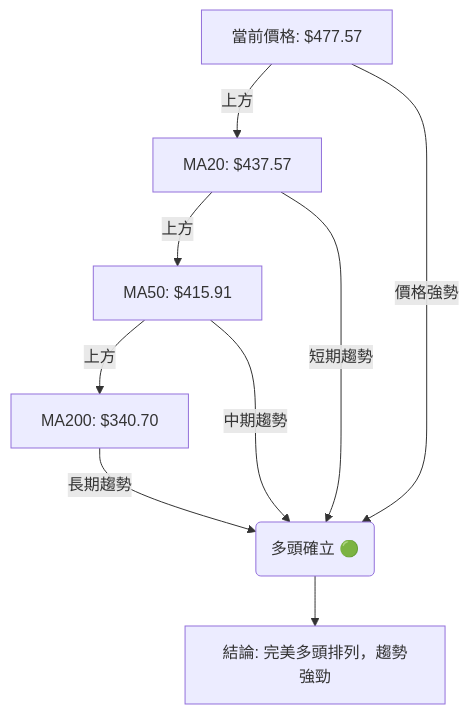
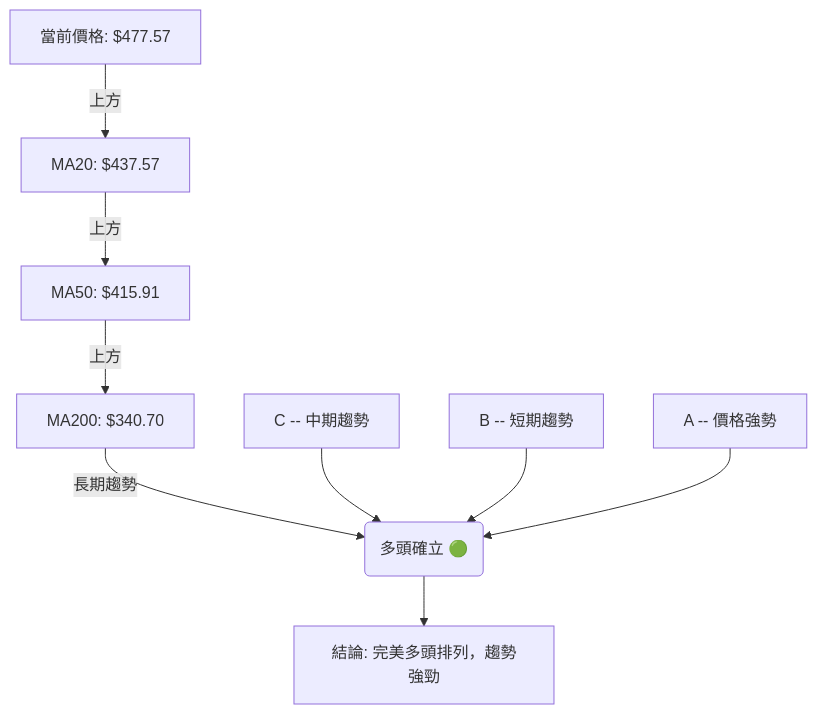
Before and after one commit to yennanliu/finance_data: the seventh of 12 diagrams in ai_gen_report/stock/tsm/technical_analysis_2026-06-30_gemini.md, drawn with Mermaid. The commit also changed other lines of this file and 2258 other files, not shown here.

First line of the commit message:
chore: backfill Mermaid syntax repair across existing reports

````diff
--- a/ai_gen_report/stock/tsm/technical_analysis_2026-06-30_gemini.md
+++ b/ai_gen_report/stock/tsm/technical_analysis_2026-06-30_gemini.md
@@ -430,18 +430,18 @@
 ```mermaid
 graph TD
-    A[當前價格: $477.57]
-    B[MA20: $437.57]
-    C[MA50: $415.91]
-    D[MA200: $340.70]
+    A["當前價格: $477.57"]
+    B["MA20: $437.57"]
+    C["MA50: $415.91"]
+    D["MA200: $340.70"]
 
-    A --> |上方| B
-    B --> |上方| C
-    C --> |上方| D
+    A --> |"上方"| B
+    B --> |"上方"| C
+    C --> |"上方"| D
 
-    D -- 長期趨勢 --> E(多頭確立 🟢)
-    C -- 中期趨勢 --> E
-    B -- 短期趨勢 --> E
-    A -- 價格強勢 --> E
+    D -- 長期趨勢 --> E("多頭確立 🟢")
+    nb1["C -- 中期趨勢"] --> E
+    nb2["B -- 短期趨勢"] --> E
+    nb3["A -- 價格強勢"] --> E
 
-    E --> F[結論: 完美多頭排列，趨勢強勁]
+    E --> F["結論: 完美多頭排列，趨勢強勁"]
 ```
````
